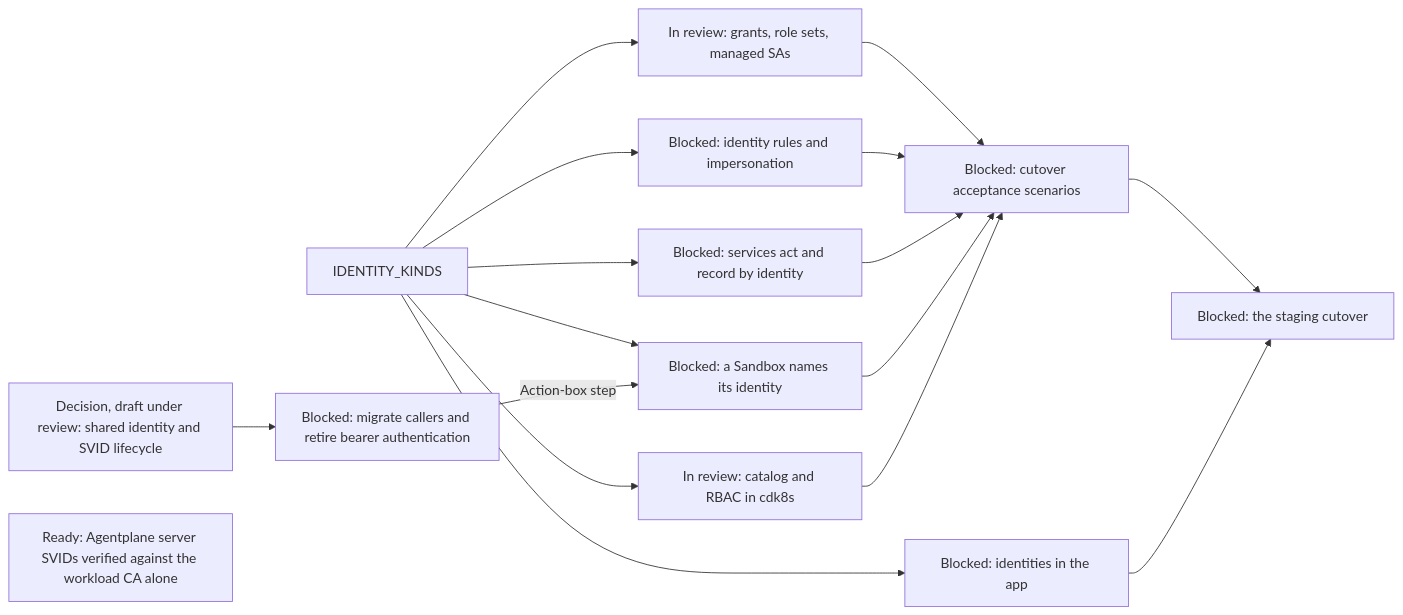
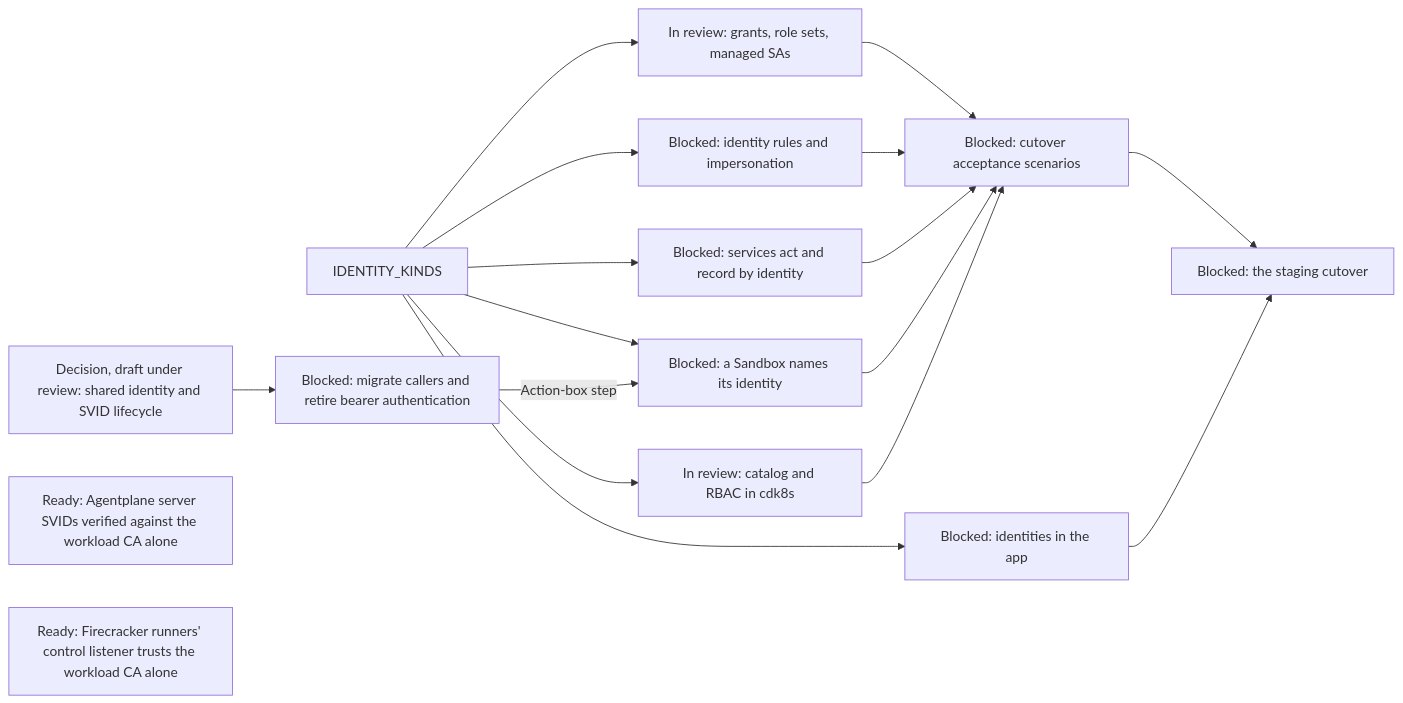
Before and after one commit to agentydragon/ducktape: diagram 17 of 19 in agentplane/plans/task_dag.md, drawn with Mermaid. The commit also changed other lines of this file and 2 other files, not shown here.

First line of the commit message:
agentplane: keep WORKLOAD_CA_CLIENT_TRUST for the Firecracker remainder

````diff
--- a/agentplane/plans/task_dag.md
+++ b/agentplane/plans/task_dag.md
@@ -3038,19 +3038,20 @@
 ```mermaid
 flowchart LR
     IDENTITY_KINDS --> POLICY_GRANTS[In review: grants, role sets, managed SAs]
     IDENTITY_KINDS --> EGRESS_IDENTITY_RULES[Blocked: identity rules and impersonation]
     IDENTITY_KINDS --> SERVICES_IDENTITY_PRINCIPAL[Blocked: services act and record by identity]
     IDENTITY_KINDS --> SANDBOX_IDENTITY_SPEC[Blocked: a Sandbox names its identity]
     IDENTITY_KINDS --> IDENTITY_CATALOG[In review: catalog and RBAC in cdk8s]
     IDENTITY_KINDS --> APP_IDENTITIES_UI[Blocked: identities in the app]
     WORKLOAD_IDENTITY_LIFECYCLE_DESIGN[Decision, draft under review: shared identity and SVID lifecycle] --> WORKLOAD_AUTH_CUTOVER[Blocked: migrate callers and retire bearer authentication]
     WORKLOAD_AUTH_CUTOVER -->|Action-box step| SANDBOX_IDENTITY_SPEC
     WORKLOAD_CA_SERVER_TRUST[Ready: Agentplane server SVIDs verified against the workload CA alone]
+    WORKLOAD_CA_CLIENT_TRUST[Ready: Firecracker runners' control listener trusts the workload CA alone]
     POLICY_GRANTS --> IDENTITY_SYSTEM_TESTS[Blocked: cutover acceptance scenarios]
     EGRESS_IDENTITY_RULES --> IDENTITY_SYSTEM_TESTS
     SERVICES_IDENTITY_PRINCIPAL --> IDENTITY_SYSTEM_TESTS
     SANDBOX_IDENTITY_SPEC --> IDENTITY_SYSTEM_TESTS
     IDENTITY_CATALOG --> IDENTITY_SYSTEM_TESTS
     IDENTITY_SYSTEM_TESTS --> IDENTITY_CUTOVER[Blocked: the staging cutover]
     APP_IDENTITIES_UI --> IDENTITY_CUTOVER
 ```
````
